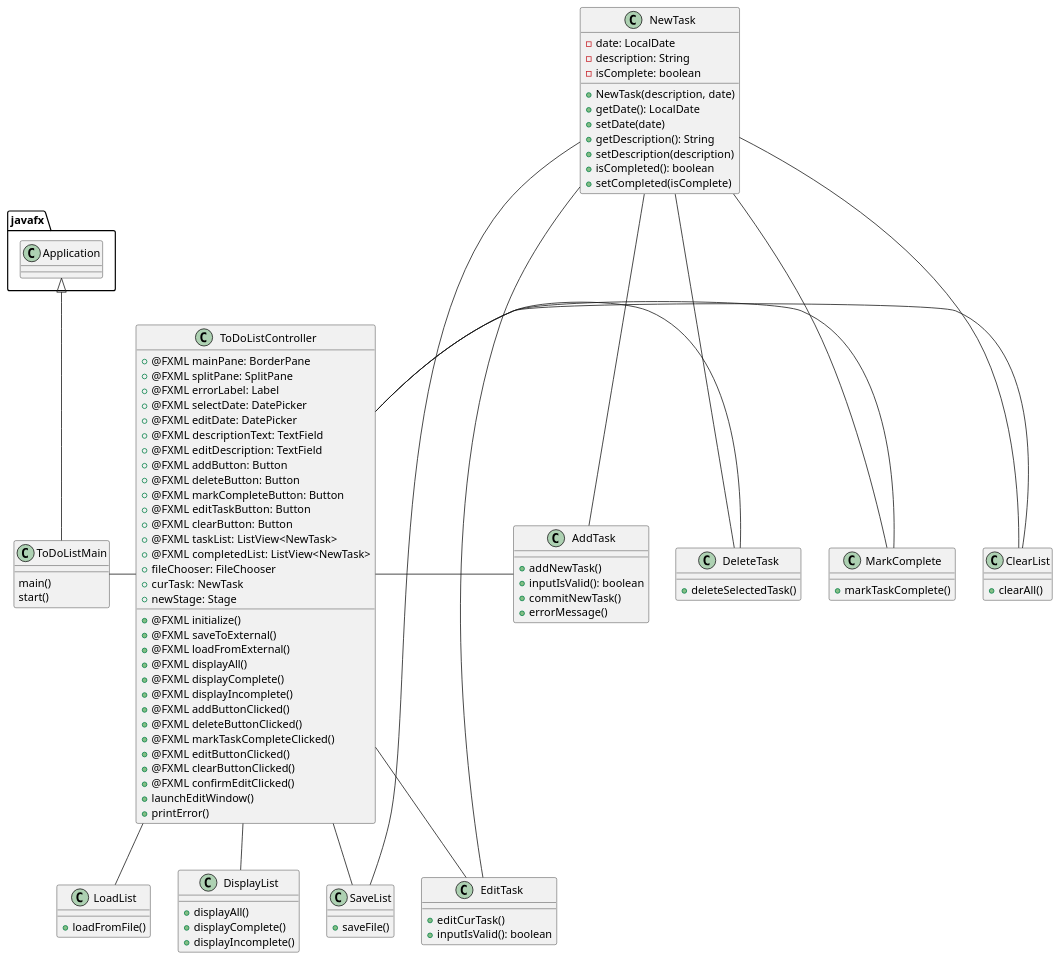
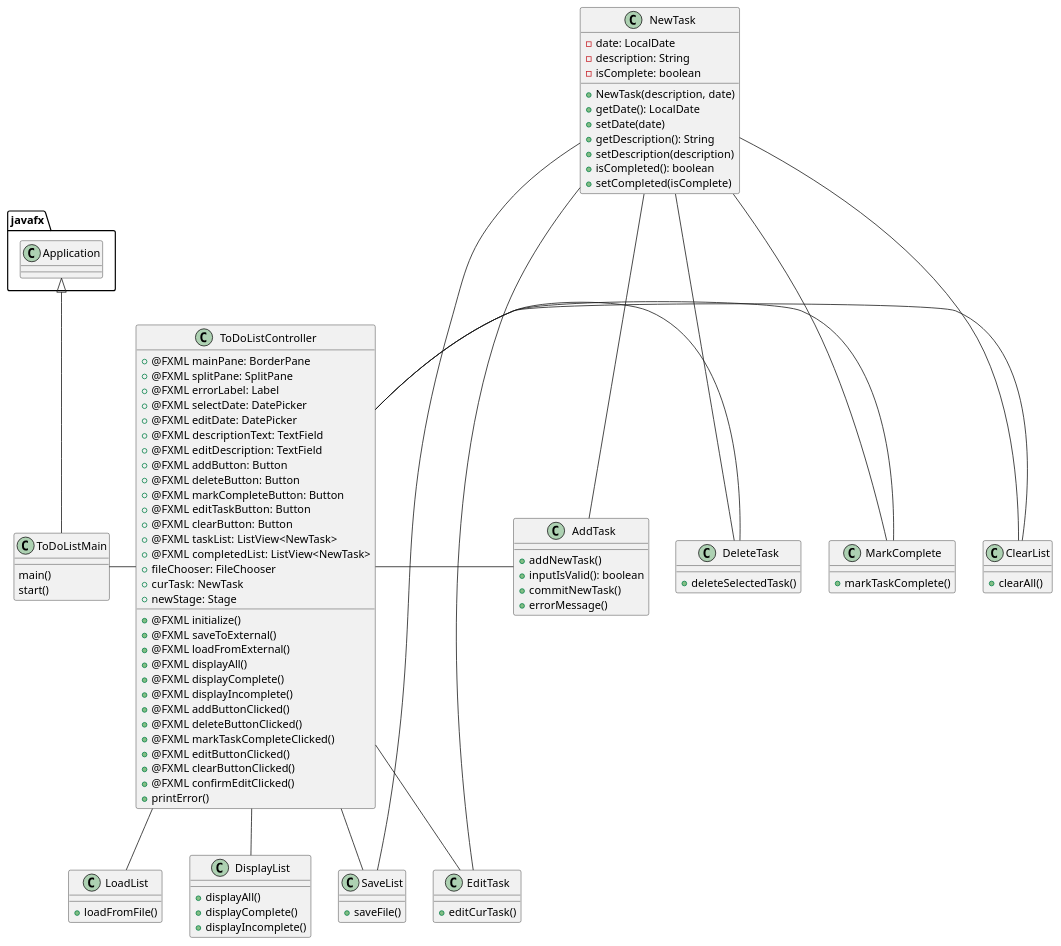
Before and after one commit to GabrielFernandez14/fernandez-cop3330-assignment4part2: the diagram in uml/ToDoListApp.puml, drawn with PlantUML. The commit also changed 6 other files, not shown here.

```diff
--- a/uml/ToDoListApp.puml
+++ b/uml/ToDoListApp.puml
@@ -1,114 +1,112 @@
 @startuml
 'https://plantuml.com/class-diagram
 
 class ToDoListMain {
     main()
     start()
 }
 
 class ToDoListController {
     + @FXML mainPane: BorderPane
     + @FXML splitPane: SplitPane
     + @FXML errorLabel: Label
     + @FXML selectDate: DatePicker
     + @FXML editDate: DatePicker
     + @FXML descriptionText: TextField
     + @FXML editDescription: TextField
     + @FXML addButton: Button
     + @FXML deleteButton: Button
     + @FXML markCompleteButton: Button
     + @FXML editTaskButton: Button
     + @FXML clearButton: Button
     + @FXML taskList: ListView<NewTask>
     + @FXML completedList: ListView<NewTask>
     + fileChooser: FileChooser
     + curTask: NewTask
     + newStage: Stage
 
     + @FXML initialize()
     + @FXML saveToExternal()
     + @FXML loadFromExternal()
     + @FXML displayAll()
     + @FXML displayComplete()
     + @FXML displayIncomplete()
     + @FXML addButtonClicked()
     + @FXML deleteButtonClicked()
     + @FXML markTaskCompleteClicked()
     + @FXML editButtonClicked()
     + @FXML clearButtonClicked()
     + @FXML confirmEditClicked()
-    + launchEditWindow()
     + printError()
 }
 
 class NewTask {
     - date: LocalDate
     - description: String
     - isComplete: boolean
 
     + NewTask(description, date)
     + getDate(): LocalDate
     + setDate(date)
     + getDescription(): String
     + setDescription(description)
     + isCompleted(): boolean
     + setCompleted(isComplete)
 }
 
 class AddTask {
     + addNewTask()
     + inputIsValid(): boolean
     + commitNewTask()
     + errorMessage()
 }
 
 class DeleteTask {
     + deleteSelectedTask()
 }
 
 class MarkComplete {
     + markTaskComplete()
 }
 
 class DisplayList {
     + displayAll()
     + displayComplete()
     + displayIncomplete()
 }
 
 class ClearList {
     + clearAll()
 }
 
 class EditTask {
     + editCurTask()
-    + inputIsValid(): boolean
 }
 
 class SaveList {
     + saveFile()
 }
 
 class LoadList {
     + loadFromFile()
 }
 
 javafx.Application <|-- ToDoListMain
 ToDoListMain - ToDoListController
 'Need to indicate that ToDoListController is able to open EditTaskWindow
 ToDoListController - AddTask
 ToDoListController - DeleteTask
 ToDoListController - MarkComplete
 ToDoListController -- EditTask
 ToDoListController - ClearList
 ToDoListController -- DisplayList
 ToDoListController -- SaveList
 ToDoListController -- LoadList
 NewTask --- AddTask
 NewTask --- DeleteTask
 NewTask --- MarkComplete
 NewTask - EditTask
 NewTask --- ClearList
 NewTask - SaveList
 
 @enduml
```
